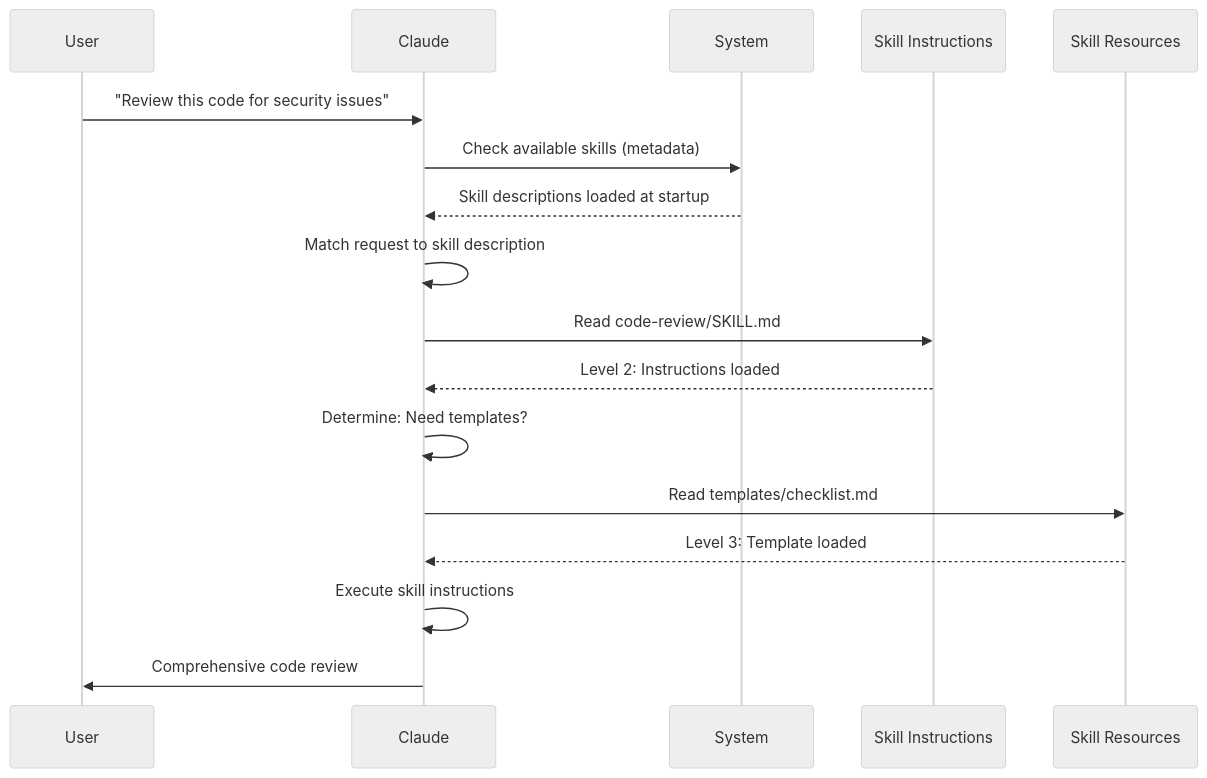
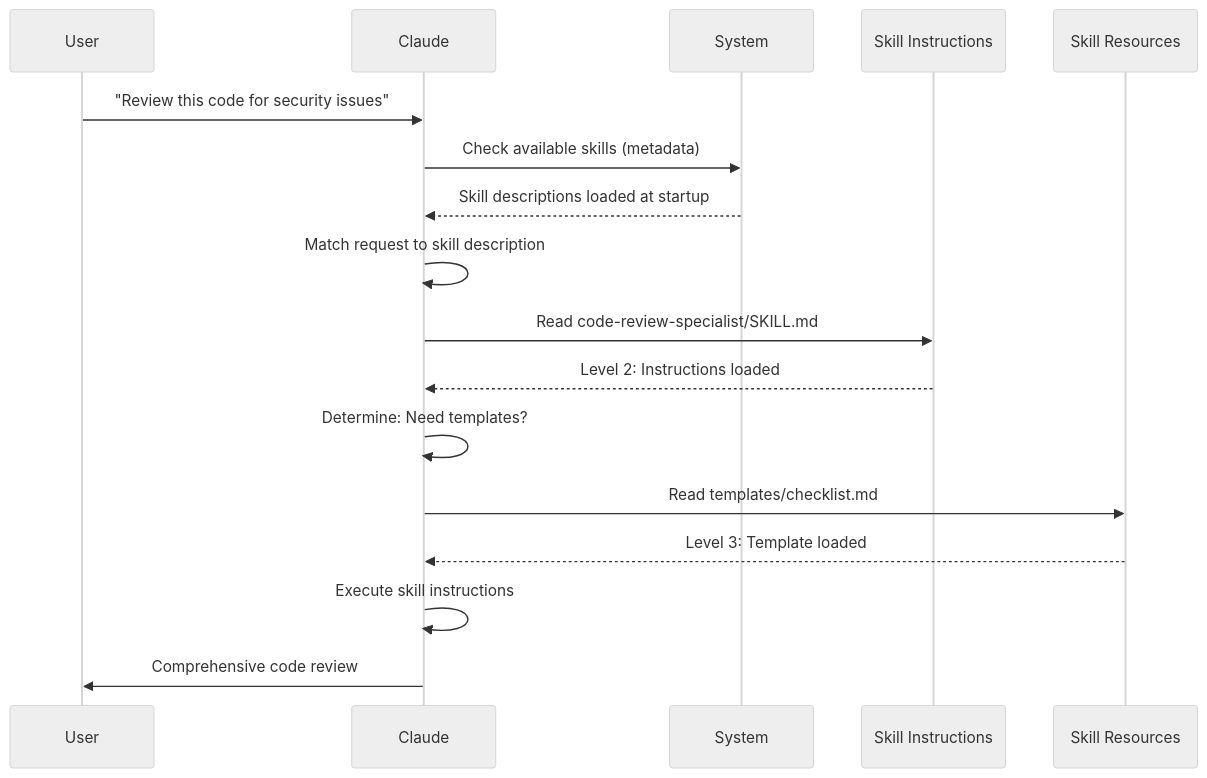
The second of 2 diagrams in 03-skills/README.md (luongnv89/claude-howto), drawn with Mermaid (neutral theme) before and after one commit. The commit also changed other lines of this file and 23 other files, not shown here.

Commit message:
docs: sync to Claude Code v2.1.150

````diff
--- a/03-skills/README.md
+++ b/03-skills/README.md
@@ -66,20 +66,20 @@
 ```mermaid
 sequenceDiagram
     participant User
     participant Claude
     participant System
     participant SkillInst as Skill Instructions
     participant SkillRes as Skill Resources
 
     User->>Claude: "Review this code for security issues"
     Claude->>System: Check available skills (metadata)
     System-->>Claude: Skill descriptions loaded at startup
     Claude->>Claude: Match request to skill description
-    Claude->>SkillInst: Read code-review/SKILL.md
+    Claude->>SkillInst: Read code-review-specialist/SKILL.md
     SkillInst-->>Claude: Level 2: Instructions loaded
     Claude->>Claude: Determine: Need templates?
     Claude->>SkillRes: Read templates/checklist.md
     SkillRes-->>Claude: Level 3: Template loaded
     Claude->>Claude: Execute skill instructions
     Claude->>User: Comprehensive code review
 ```
````
